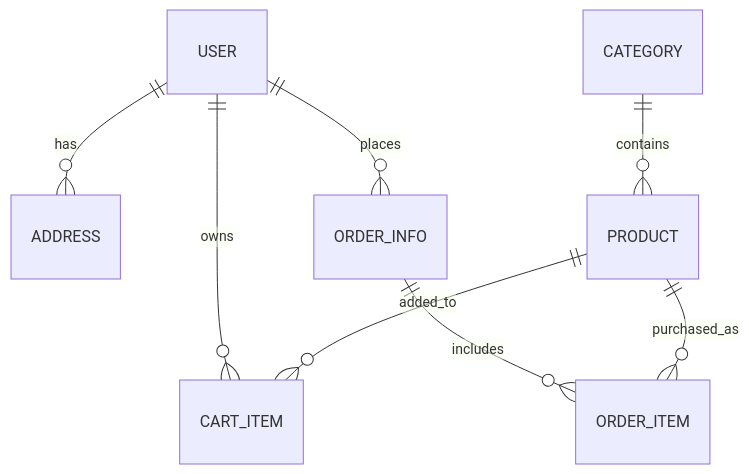
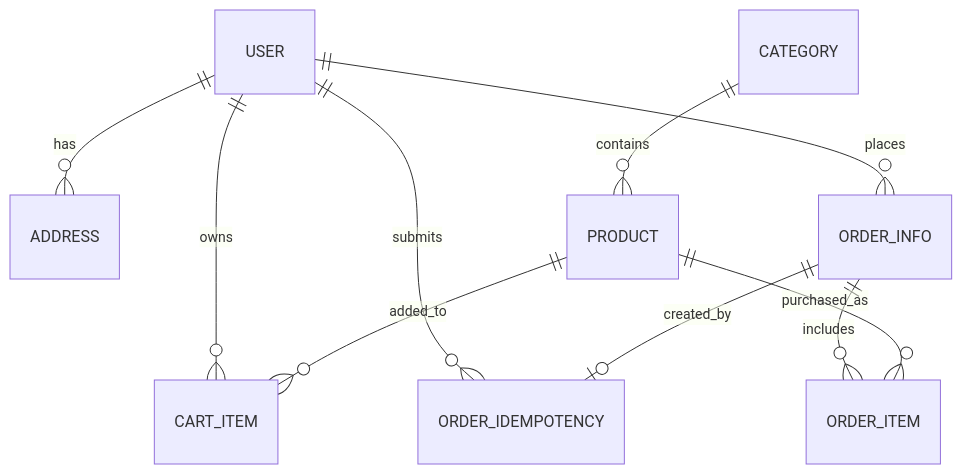
Before and after one commit to morisa28/my-DB: the diagram in docs/03-数据库设计.md, drawn with Mermaid. The commit also changed other lines of this file and 13 other files, not shown here.

Commit message:
feat: add order creation idempotency

````diff
--- a/docs/03-数据库设计.md
+++ b/docs/03-数据库设计.md
@@ -15,10 +16,12 @@
 ```mermaid
 erDiagram
     USER ||--o{ ADDRESS : has
     USER ||--o{ CART_ITEM : owns
     USER ||--o{ ORDER_INFO : places
+    USER ||--o{ ORDER_IDEMPOTENCY : submits
     CATEGORY ||--o{ PRODUCT : contains
     PRODUCT ||--o{ CART_ITEM : added_to
+    ORDER_INFO ||--o| ORDER_IDEMPOTENCY : created_by
     ORDER_INFO ||--o{ ORDER_ITEM : includes
     PRODUCT ||--o{ ORDER_ITEM : purchased_as
 ```
````
